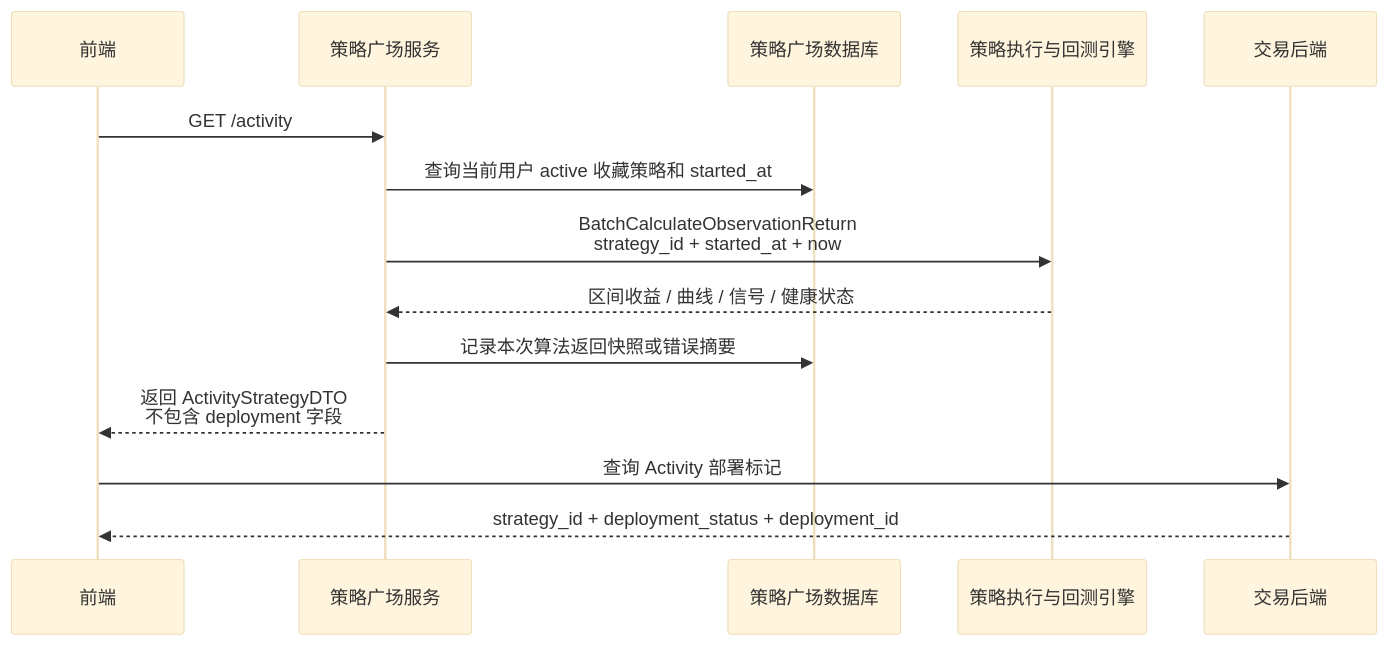
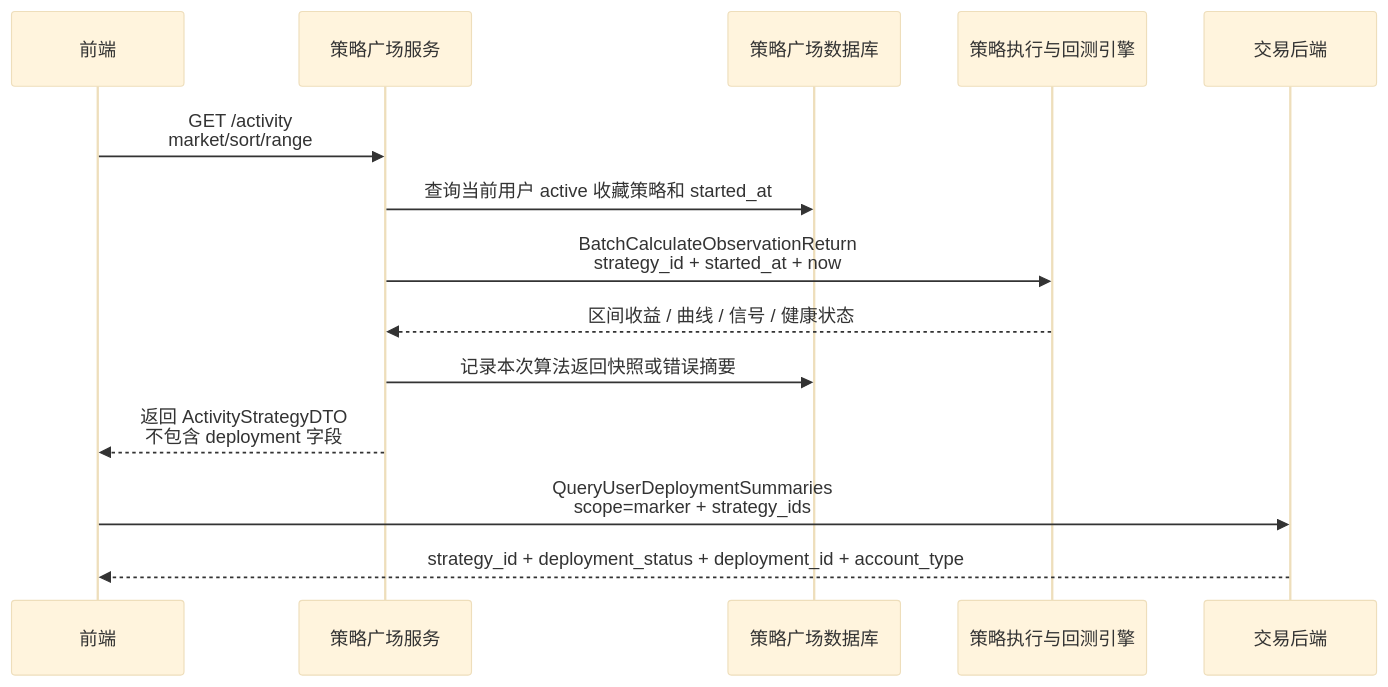
One commit to hongqnet/quantitative-strategy changed the sixth of 10 diagrams in doc/strategy-marketplace-phase1-technical-architecture.md. Above: the diagram before and after it, drawn with Mermaid (base theme). The commit also changed other lines of this file and 3 other files, not shown here.

````diff
--- a/doc/strategy-marketplace-phase1-technical-architecture.md
+++ b/doc/strategy-marketplace-phase1-technical-architecture.md
@@ -370,17 +389,17 @@
 ```mermaid
 sequenceDiagram
     participant FE as 前端
     participant MKT as 策略广场服务
     participant DB as 策略广场数据库
     participant EXE as 策略执行与回测引擎
     participant TRD as 交易后端
 
-    FE->>MKT: GET /activity
+    FE->>MKT: GET /activity<br/>market/sort/range
     MKT->>DB: 查询当前用户 active 收藏策略和 started_at
     MKT->>EXE: BatchCalculateObservationReturn<br/>strategy_id + started_at + now
     EXE-->>MKT: 区间收益 / 曲线 / 信号 / 健康状态
     MKT->>DB: 记录本次算法返回快照或错误摘要
     MKT-->>FE: 返回 ActivityStrategyDTO<br/>不包含 deployment 字段
-    FE->>TRD: 查询 Activity 部署标记
-    TRD-->>FE: strategy_id + deployment_status + deployment_id
+    FE->>TRD: QueryUserDeploymentSummaries<br/>scope=marker + strategy_ids
+    TRD-->>FE: strategy_id + deployment_status + deployment_id + account_type
 ```
````
